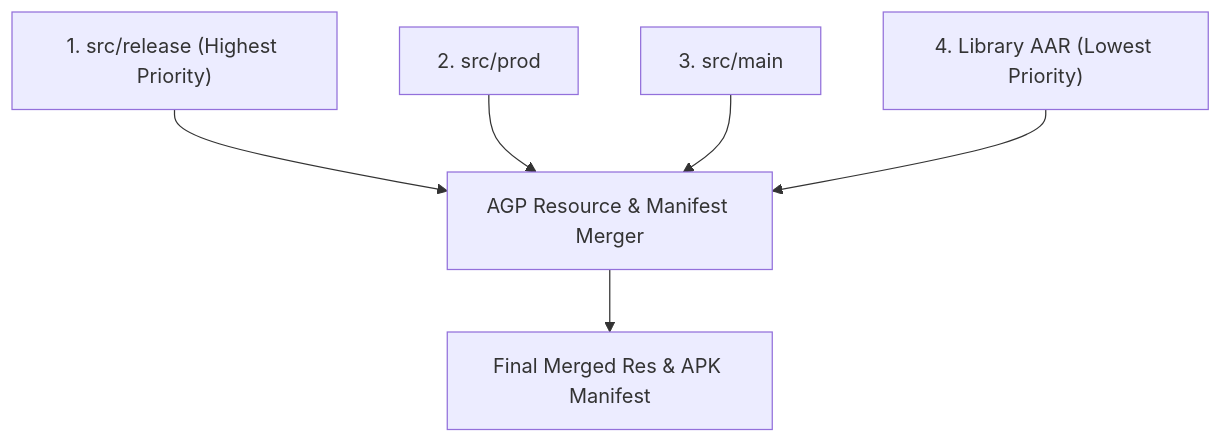
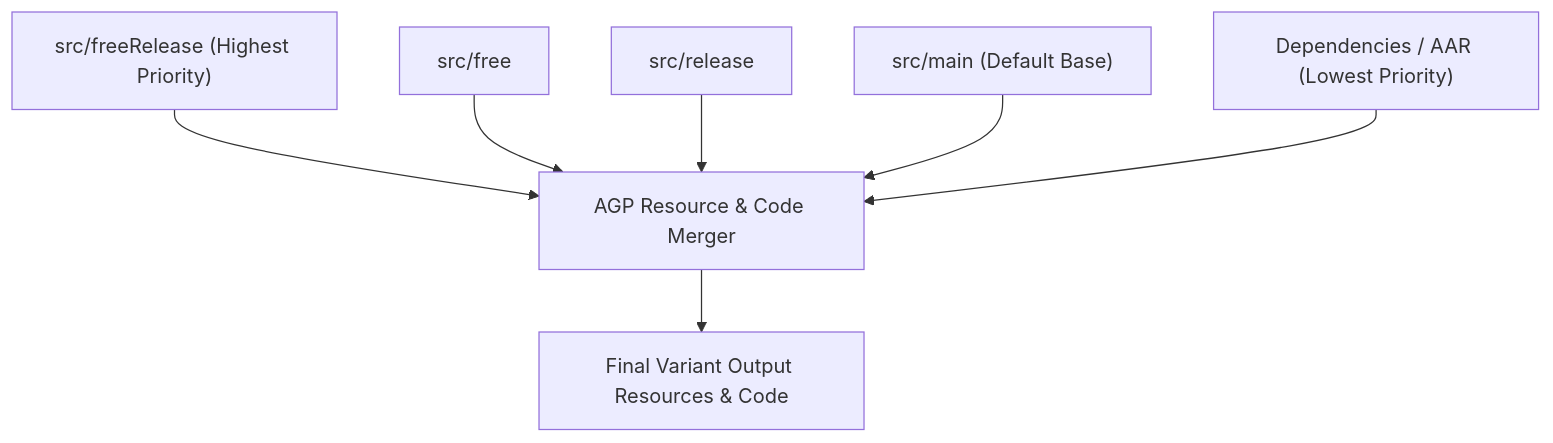
One commit to youngmin-gwon/what-i-studied changed the diagram in 01_inbox/mobile/android/03_packaging_deployment/build/gradle/gradle-build-contracts/source-set-priority-decides-variant-code-and-resource-conflicts.md. Above: the diagram before and after it, drawn with Mermaid. The commit also changed other lines of this file and 134 other files, not shown here.

````diff
--- a/01_inbox/mobile/android/03_packaging_deployment/build/gradle/gradle-build-contracts/source-set-priority-decides-variant-code-and-resource-conflicts.md
+++ b/01_inbox/mobile/android/03_packaging_deployment/build/gradle/gradle-build-contracts/source-set-priority-decides-variant-code-and-resource-conflicts.md
@@ -28,8 +25,9 @@
 ```mermaid
 flowchart TD
-    BuildTypeSet["1. src/release (Highest Priority)"] --> MergeEngine["AGP Resource & Manifest Merger"]
-    FlavorSet["2. src/prod"] --> MergeEngine
-    MainSet["3. src/main"] --> MergeEngine
-    LibSet["4. Library AAR (Lowest Priority)"] --> MergeEngine
-    MergeEngine --> FinalRes["Final Merged Res & APK Manifest"]
+    VarSource["src/freeRelease (Highest Priority)"] --> MergeEngine["AGP Resource & Code Merger"]
+    FlavorSource["src/free"] --> MergeEngine
+    BTSource["src/release"] --> MergeEngine
+    MainSource["src/main (Default Base)"] --> MergeEngine
+    LibSource["Dependencies / AAR (Lowest Priority)"] --> MergeEngine
+    MergeEngine --> FinalMerged["Final Variant Output Resources & Code"]
 ```
````
